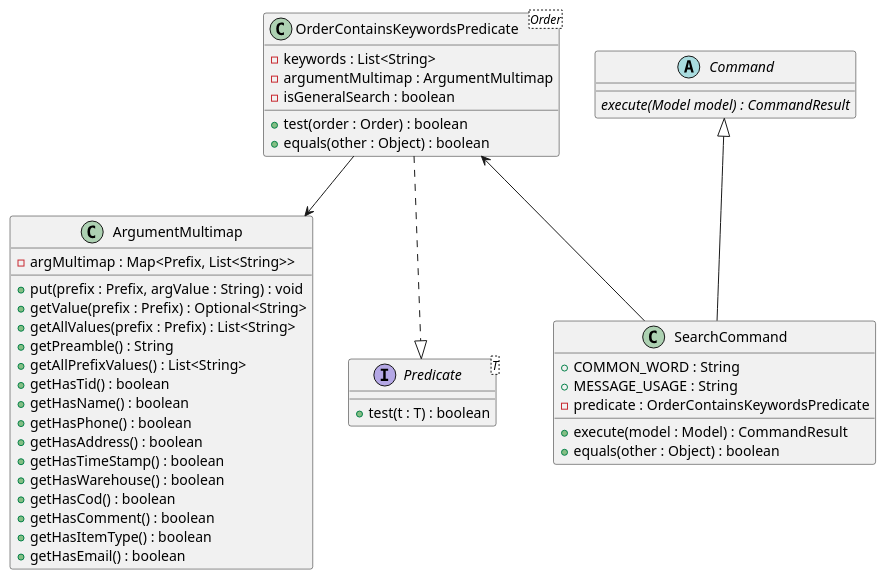
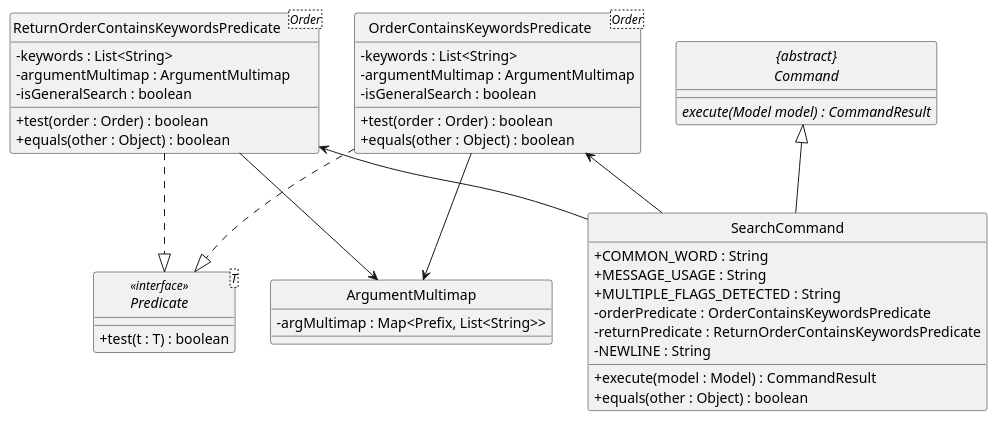
One commit to nus-cs2103-AY1920S2/addressbook-level3 changed the diagram in docs/diagrams/SearchCommandClassDiagram.puml. Above: the diagram before and after it, drawn with PlantUML. The commit also changed 3 other files, not shown here.

Commit message:
DeveloperGuide.adoc: Update UML class diagram of SearchCommand

```diff
--- a/docs/diagrams/SearchCommandClassDiagram.puml
+++ b/docs/diagrams/SearchCommandClassDiagram.puml
@@ -1,61 +1,67 @@
 @startuml
+skinparam backgroundColor #ffffff
+skinparam classAttributeIconSize 0
+hide circle
+
 OrderContainsKeywordsPredicate -down-> ArgumentMultimap
-Command <|-- SearchCommand
+ReturnOrderContainsKeywordsPredicate -down-> ArgumentMultimap
+"{abstract}\nCommand" <|-- SearchCommand
+ReturnOrderContainsKeywordsPredicate <-down- SearchCommand
+ReturnOrderContainsKeywordsPredicate -[dashed]-|> Predicate
 OrderContainsKeywordsPredicate <-down- SearchCommand
 OrderContainsKeywordsPredicate -[dashed]-|> Predicate
 
-abstract class Command {
+abstract class "{abstract}\nCommand" {
     {abstract} execute(Model model) : CommandResult
 }
 
 class SearchCommand {
-'Fields of SearchCommand
-+ COMMON_WORD : String
-+ MESSAGE_USAGE : String
-- predicate : OrderContainsKeywordsPredicate
+    'Fields of SearchCommand
+    + COMMON_WORD : String
+    + MESSAGE_USAGE : String
+    + MULTIPLE_FLAGS_DETECTED : String
+    - orderPredicate : OrderContainsKeywordsPredicate
+    - returnPredicate : ReturnOrderContainsKeywordsPredicate
+    - NEWLINE : String
 
-'Methods of SearchCommand
-+ execute(model : Model) : CommandResult
-+ equals(other : Object) : boolean
+    'Methods of SearchCommand
+    + execute(model : Model) : CommandResult
+    + equals(other : Object) : boolean
 }
 
 class OrderContainsKeywordsPredicate<Order> {
-'Fields of OrderContainsKeywordsPredicate
-- keywords : List<String>
-- argumentMultimap : ArgumentMultimap
-- isGeneralSearch : boolean
+    'Fields of OrderContainsKeywordsPredicate
+    - keywords : List<String>
+    - argumentMultimap : ArgumentMultimap
+    - isGeneralSearch : boolean
 
-'Methods of OrderContainsKeywordsPredicate
-+ test(order : Order) : boolean
-+ equals(other : Object) : boolean
+    'Methods of OrderContainsKeywordsPredicate
+    + test(order : Order) : boolean
+    + equals(other : Object) : boolean
 
 }
 
-interface Predicate<T> {
-'Interface Methods
-+ test(t : T) : boolean
+class ReturnOrderContainsKeywordsPredicate<Order> {
+    'Fields of ReturnOrderContainsKeywordsPredicate
+    - keywords : List<String>
+    - argumentMultimap : ArgumentMultimap
+    - isGeneralSearch : boolean
+
+    'Methods of ReturnOrderContainsKeywordsPredicate
+    + test(order : Order) : boolean
+    + equals(other : Object) : boolean
+
+}
+
+interface Predicate<T> <<interface>> {
+    'Interface Methods
+    + test(t : T) : boolean
 }
 
 class ArgumentMultimap {
-'Fields of ArgumentMultimap
-- argMultimap : Map<Prefix, List<String>>
+    'Fields of ArgumentMultimap
+    - argMultimap : Map<Prefix, List<String>>
 
-'Methods of ArgumentMultimap
-+ put(prefix : Prefix, argValue : String) : void
-+ getValue(prefix : Prefix) : Optional<String>
-+ getAllValues(prefix : Prefix) : List<String>
-+ getPreamble() : String
-+ getAllPrefixValues() : List<String>
-+ getHasTid() : boolean
-+ getHasName() : boolean
-+ getHasPhone() : boolean
-+ getHasAddress() : boolean
-+ getHasTimeStamp() : boolean
-+ getHasWarehouse() : boolean
-+ getHasCod() : boolean
-+ getHasComment() : boolean
-+ getHasItemType() : boolean
-+ getHasEmail() : boolean
 }
 
 @enduml
```
